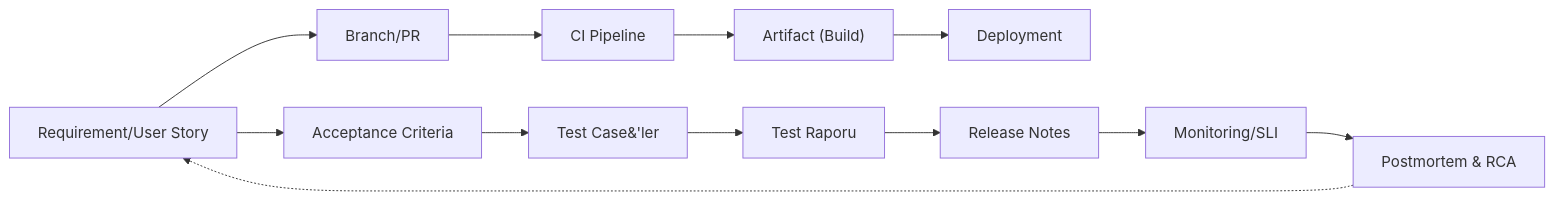
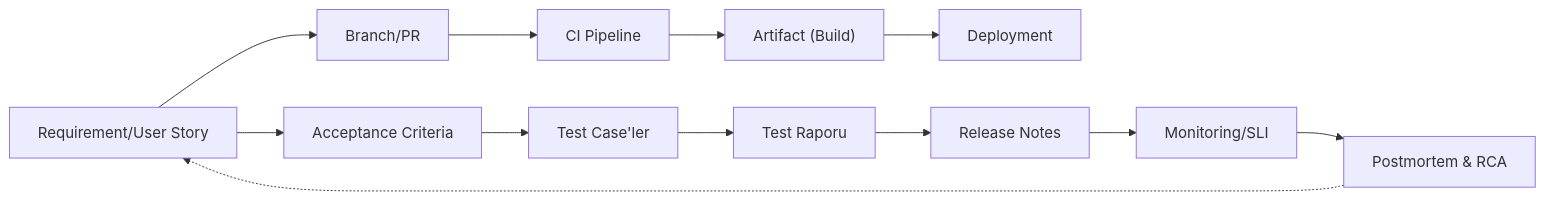
Before and after one commit to NursenaCakan2898/SDLC_MkDocs: the diagram in docs/index.md, drawn with Mermaid. The commit also changed other lines of this file and 4 other files, not shown here.

````diff
--- a/docs/index.md
+++ b/docs/index.md
@@ -60,14 +120,14 @@
 ```mermaid
 flowchart LR
     RQ["Requirement/User Story"] --> AC["Acceptance Criteria"]
-    AC --> TS["Test Case&#39;ler"]
+    AC --> TS["Test Case'ler"]
     TS --> TR["Test Raporu"]
     RQ --> BR["Branch/PR"]
     BR --> CI["CI Pipeline"]
     CI --> AR["Artifact (Build)"]
     AR --> DEP["Deployment"]
     TR --> REL["Release Notes"]
     REL --> MON["Monitoring/SLI"]
     MON --> PM["Postmortem & RCA"]
     PM -.-> RQ
-```
+```    
````
